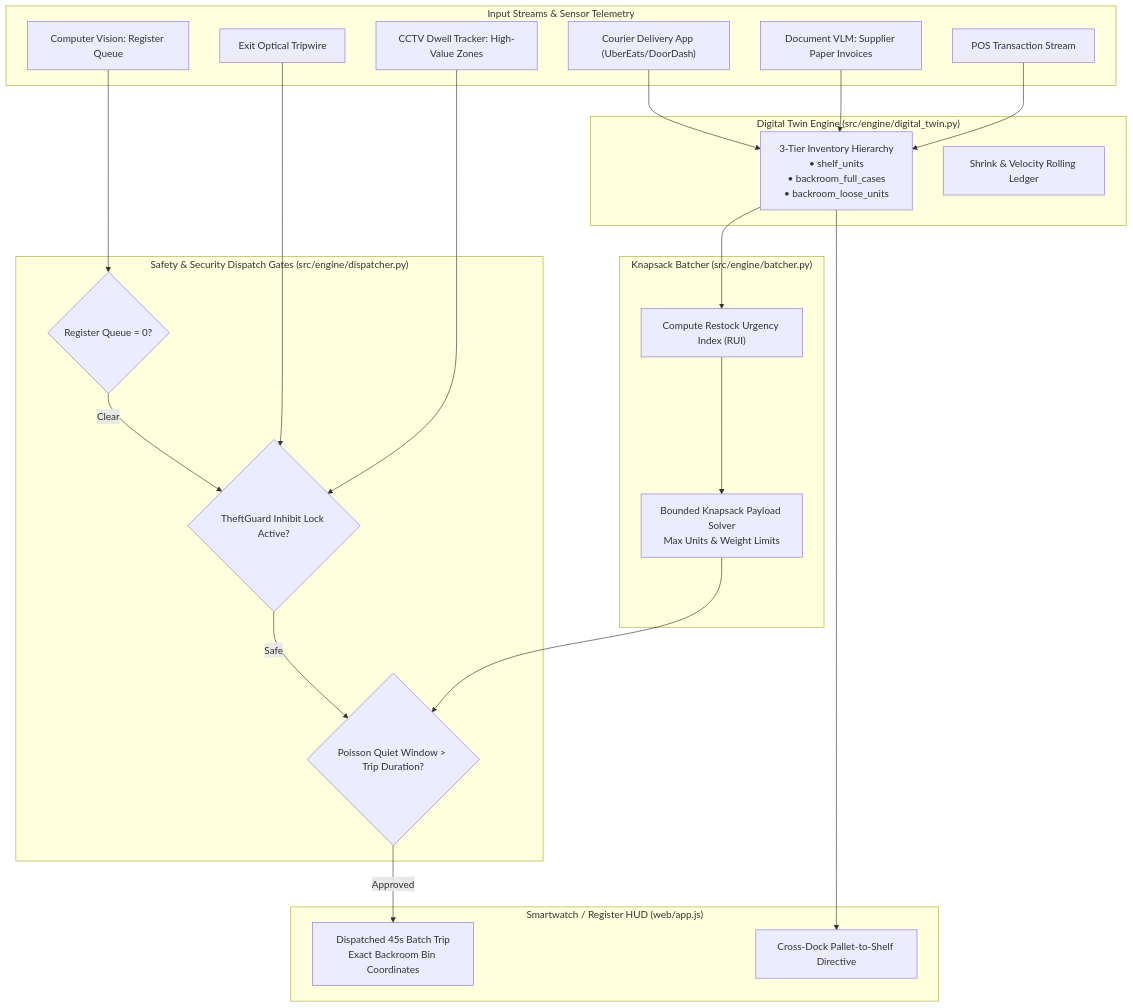
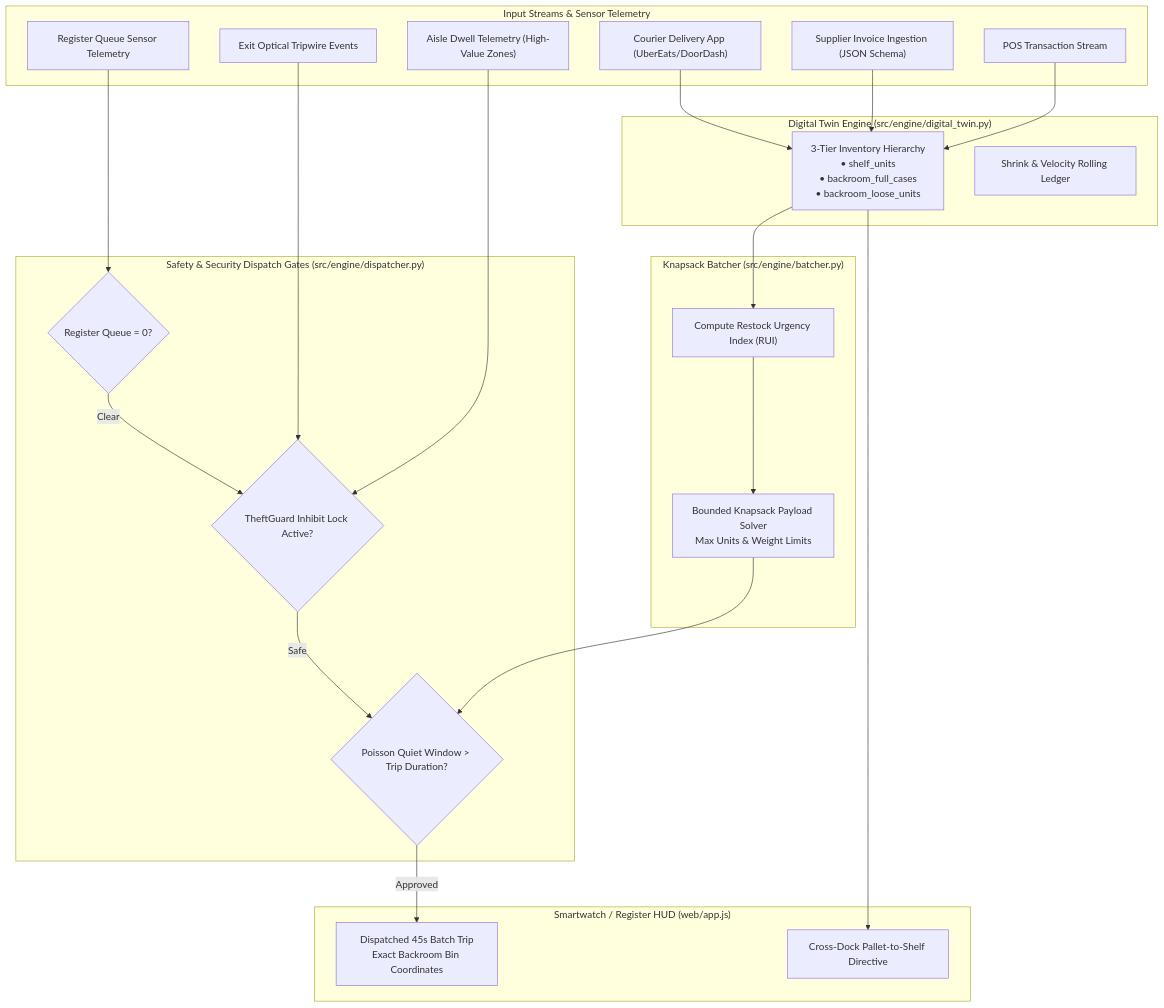
Before and after one commit to threadbearer/autonomous-storefront-copilot: the diagram in README.md, drawn with Mermaid. The commit also changed other lines of this file and 17 other files, not shown here.

````diff
--- a/README.md
+++ b/README.md
@@ -44,48 +44,48 @@
 ```mermaid
 flowchart TD
     subgraph Sensors ["Input Streams & Sensor Telemetry"]
         POS["POS Transaction Stream"]
-        CV_Queue["Computer Vision: Register Queue"]
-        CV_Aisle["CCTV Dwell Tracker: High-Value Zones"]
-        Tripwire["Exit Optical Tripwire"]
-        OCR["Document VLM: Supplier Paper Invoices"]
+        CV_Queue["Register Queue Sensor Telemetry"]
+        CV_Aisle["Aisle Dwell Telemetry (High-Value Zones)"]
+        Tripwire["Exit Optical Tripwire Events"]
+        OCR["Supplier Invoice Ingestion (JSON Schema)"]
         App["Courier Delivery App (UberEats/DoorDash)"]
     end
 
     subgraph State ["Digital Twin Engine (src/engine/digital_twin.py)"]
         DT["3-Tier Inventory Hierarchy<br/>• shelf_units<br/>• backroom_full_cases<br/>• backroom_loose_units"]
         Ledger["Shrink & Velocity Rolling Ledger"]
     end
 
     subgraph Gatekeeper ["Safety & Security Dispatch Gates (src/engine/dispatcher.py)"]
         G_Queue{"Register Queue = 0?"}
         G_Security{"TheftGuard Inhibit Lock Active?"}
         G_Window{"Poisson Quiet Window > Trip Duration?"}
     end
 
     subgraph Optimizer ["Knapsack Batcher (src/engine/batcher.py)"]
         RUI["Compute Restock Urgency Index (RUI)"]
         Knapsack["Bounded Knapsack Payload Solver<br/>Max Units & Weight Limits"]
     end
 
     subgraph Execution ["Smartwatch / Register HUD (web/app.js)"]
         Dispatch["Dispatched 45s Batch Trip<br/>Exact Backroom Bin Coordinates"]
         CrossDock["Cross-Dock Pallet-to-Shelf Directive"]
     end
 
     POS --> DT
     OCR --> DT
     App --> DT
     DT --> RUI
     RUI --> Knapsack
 
     CV_Queue --> G_Queue
     CV_Aisle --> G_Security
     Tripwire --> G_Security
 
     Knapsack --> G_Window
     G_Queue -->|Clear| G_Security
     G_Security -->|Safe| G_Window
     G_Window -->|Approved| Dispatch
     DT --> CrossDock
 ```
````
